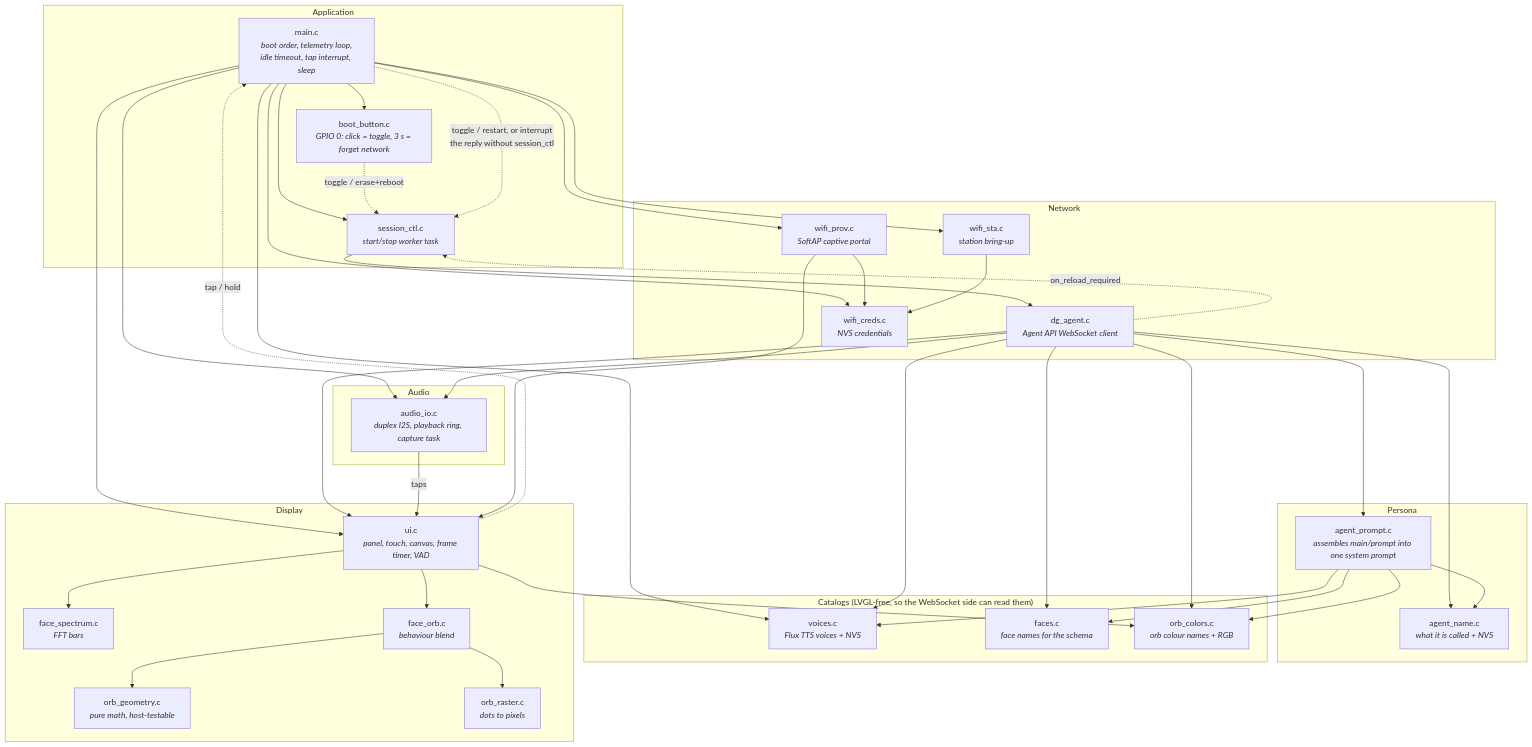
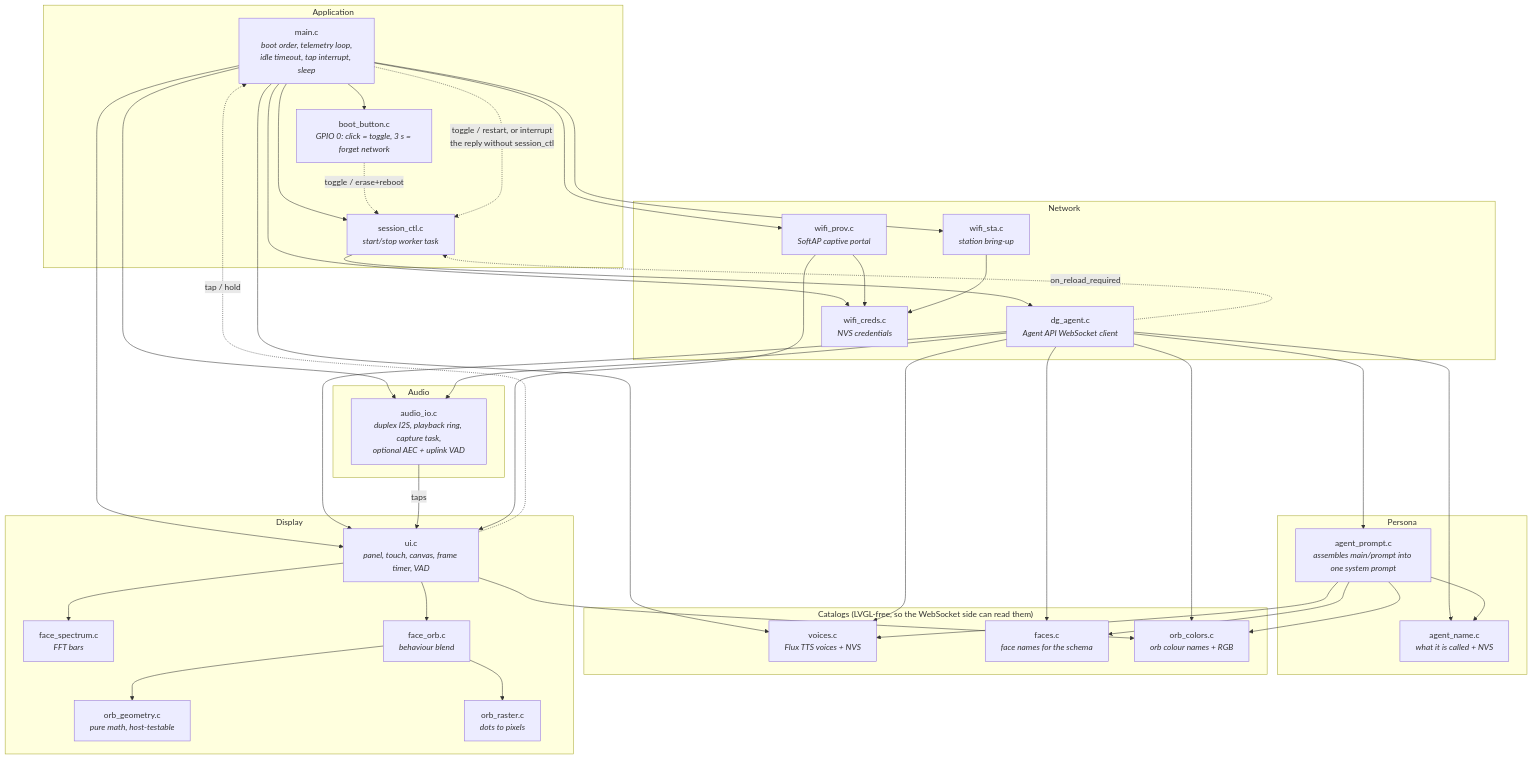
One commit to dg-edcharbeneau/esp32-deepgram-voice-agent changed the first of 9 diagrams in docs/architecture.md. Above: the diagram before and after it, drawn with Mermaid. The commit also changed other lines of this file and 4 other files, not shown here.

````diff
--- a/docs/architecture.md
+++ b/docs/architecture.md
@@ -20,53 +20,53 @@
 ```mermaid
 flowchart TB
     subgraph app["Application"]
         main["main.c<br/><i>boot order, telemetry loop,<br/>idle timeout, tap interrupt, sleep</i>"]
         session["session_ctl.c<br/><i>start/stop worker task</i>"]
         boot["boot_button.c<br/><i>GPIO 0: click = toggle, 3 s = forget network</i>"]
     end
 
     subgraph net["Network"]
         agent["dg_agent.c<br/><i>Agent API WebSocket client</i>"]
         sta["wifi_sta.c<br/><i>station bring-up</i>"]
         creds["wifi_creds.c<br/><i>NVS credentials</i>"]
         prov["wifi_prov.c<br/><i>SoftAP captive portal</i>"]
     end
 
     subgraph persona["Persona"]
         prompt["agent_prompt.c<br/><i>assembles main/prompt into one system prompt</i>"]
         aname["agent_name.c<br/><i>what it is called + NVS</i>"]
     end
 
     subgraph cat["Catalogs (LVGL-free, so the WebSocket side can read them)"]
         voices["voices.c<br/><i>Flux TTS voices + NVS</i>"]
         faces["faces.c<br/><i>face names for the schema</i>"]
         colors["orb_colors.c<br/><i>orb colour names + RGB</i>"]
     end
 
     subgraph audio["Audio"]
-        aio["audio_io.c<br/><i>duplex I2S, playback ring, capture task</i>"]
+        aio["audio_io.c<br/><i>duplex I2S, playback ring, capture task,<br/>optional AEC + uplink VAD</i>"]
     end
 
     subgraph disp["Display"]
         ui["ui.c<br/><i>panel, touch, canvas, frame timer, VAD</i>"]
         spectrum["face_spectrum.c<br/><i>FFT bars</i>"]
         orbface["face_orb.c<br/><i>behaviour blend</i>"]
         geo["orb_geometry.c<br/><i>pure math, host-testable</i>"]
         raster["orb_raster.c<br/><i>dots to pixels</i>"]
     end
 
     main --> session & aio & ui & boot & sta & creds & prov & voices
     session --> agent
     agent --> voices & faces & colors & ui & aio & prompt & aname
     prompt --> voices & faces & colors & aname
     agent -. "on_reload_required" .-> session
     boot -. "toggle / erase+reboot" .-> session
     main -. "toggle / restart, or interrupt<br/>the reply without session_ctl" .-> session
     ui -. "tap / hold" .-> main
     aio -- "taps" --> ui
     ui --> spectrum & orbface
     ui --> colors
     orbface --> geo & raster
     prov --> creds & ui
     sta --> creds
 ```
````
